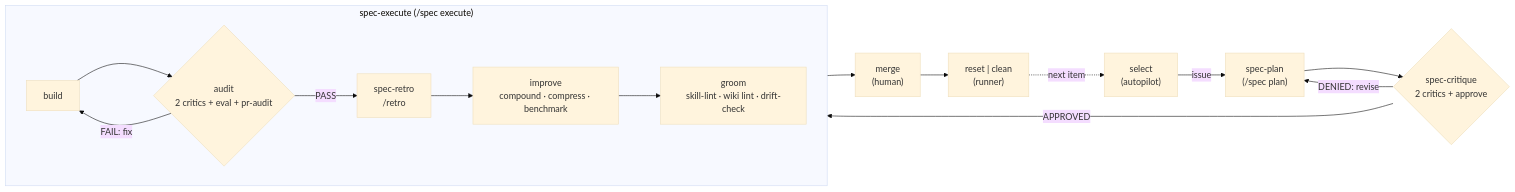
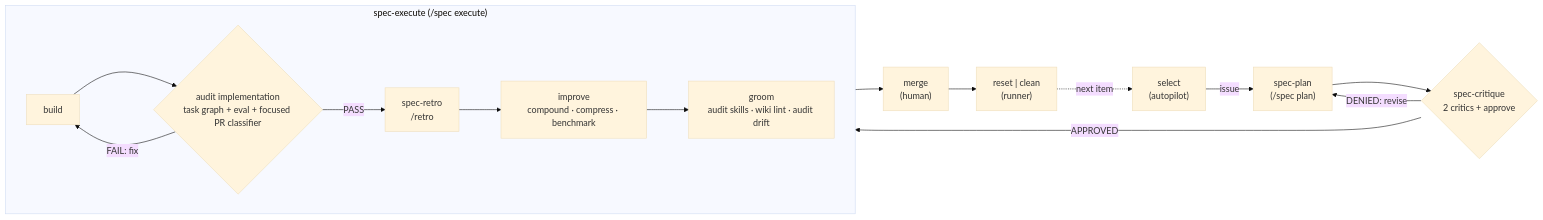
Before and after one commit to mifunedev/openharness: the diagram in AGENTS.md, drawn with Mermaid (base theme). The commit also changed 37 other files, not shown here.

````diff
--- a/AGENTS.md
+++ b/AGENTS.md
@@ -133,18 +133,18 @@
 ```mermaid
 flowchart LR
     SEL["select<br/>(autopilot)"] -->|issue| PLAN["spec-plan<br/>(/spec plan)"]
     PLAN --> CRIT{"spec-critique<br/>2 critics + approve"}
     CRIT -->|DENIED: revise| PLAN
     CRIT -->|APPROVED| BUILD["build"]
     subgraph EXEC["spec-execute (/spec execute)"]
         direction LR
-        BUILD --> AUDIT{"audit<br/>2 critics + eval + pr-audit"}
+        BUILD --> AUDIT{"audit implementation<br/>task graph + eval + focused PR classifier"}
         AUDIT -->|FAIL: fix| BUILD
         AUDIT -->|PASS| SRETRO["spec-retro<br/>/retro"]
         SRETRO --> IMPROVE["improve<br/>compound · compress · benchmark"]
-        IMPROVE --> GROOM["groom<br/>skill-lint · wiki lint · drift-check"]
+        IMPROVE --> GROOM["groom<br/>audit skills · wiki lint · audit drift"]
     end
     GROOM --> MERGE["merge<br/>(human)"]
     MERGE --> RESET["reset | clean<br/>(runner)"]
     RESET -.->|next item| SEL
 ```
````
